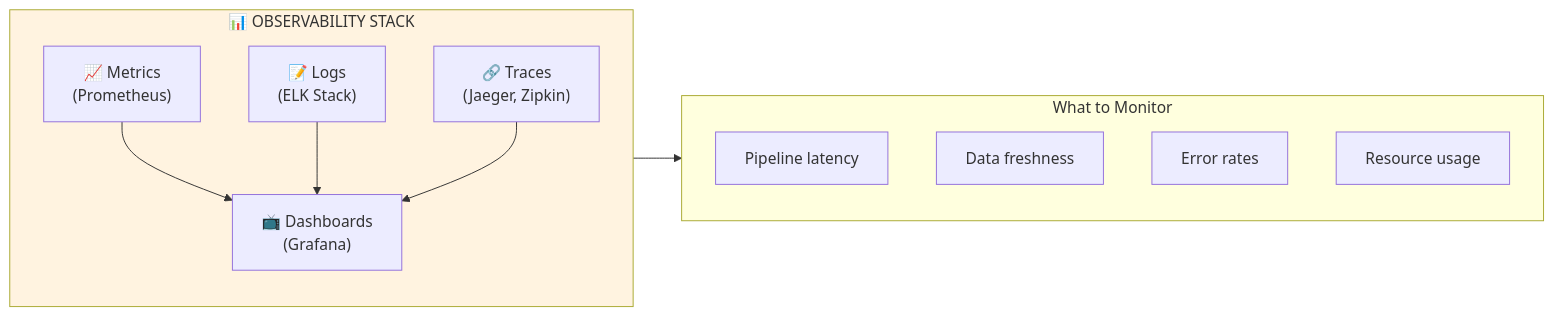
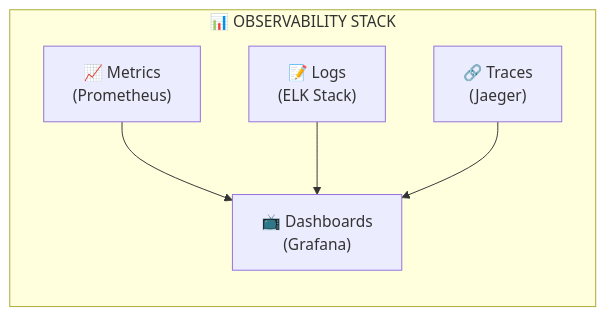
Before and after one commit to Anodis108/Data-Engineer: the seventh of 8 diagrams in homework3/DATA_LIFECYCLE.md, drawn with Mermaid. The commit also changed other lines of this file, not shown here.

````diff
--- a/homework3/DATA_LIFECYCLE.md
+++ b/homework3/DATA_LIFECYCLE.md
@@ -3169,24 +912,11 @@
 ```mermaid
 flowchart LR
     subgraph OBS["📊 OBSERVABILITY STACK"]
-        direction TB
-        
         METRICS["📈 Metrics<br/>(Prometheus)"]
         LOGS["📝 Logs<br/>(ELK Stack)"]
-        TRACES["🔗 Traces<br/>(Jaeger, Zipkin)"]
+        TRACES["🔗 Traces<br/>(Jaeger)"]
         DASH["📺 Dashboards<br/>(Grafana)"]
         
         METRICS & LOGS & TRACES --> DASH
     end
-    
-    subgraph MONITOR["What to Monitor"]
-        M1["Pipeline latency"]
-        M2["Data freshness"]
-        M3["Error rates"]
-        M4["Resource usage"]
-    end
-    
-    OBS --> MONITOR
-    
-    style OBS fill:#fff3e0
 ```
````
